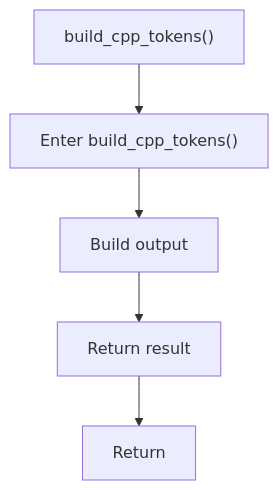
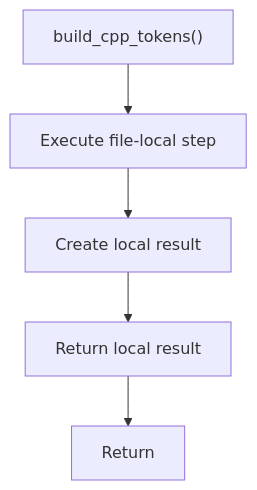
Before and after one commit to JohnAndrewBalbarosa/NeoTerritory: the third of 5 diagrams in docs/Codebase/Microservice/Modules/Source/Analysis/Lexical/language_tokens.cpp.md, drawn with Mermaid. The commit also changed other lines of this file and 915 other files, not shown here.

````diff
--- a/docs/Codebase/Microservice/Modules/Source/Analysis/Lexical/language_tokens.cpp.md
+++ b/docs/Codebase/Microservice/Modules/Source/Analysis/Lexical/language_tokens.cpp.md
@@ -100,12 +99,12 @@
 ```mermaid
 flowchart TD
     Start["build_cpp_tokens()"]
-    N0["Enter build_cpp_tokens()"]
-    N1["Build output"]
-    N2["Return result"]
+    N0["Execute file-local step"]
+    N1["Create local result"]
+    N2["Return local result"]
     End["Return"]
     Start --> N0
     N0 --> N1
     N1 --> N2
     N2 --> End
 ```
````
